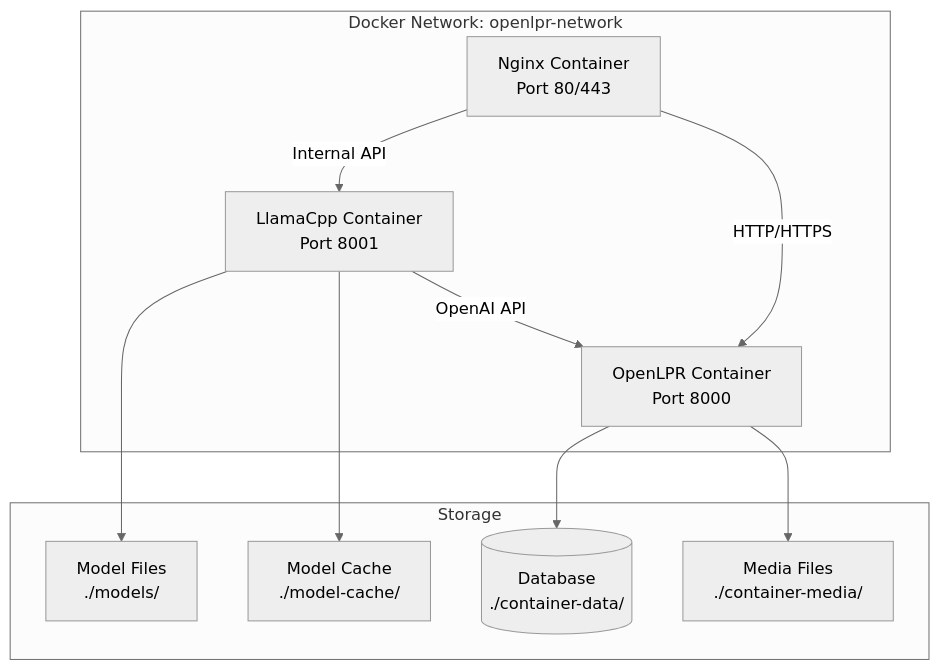
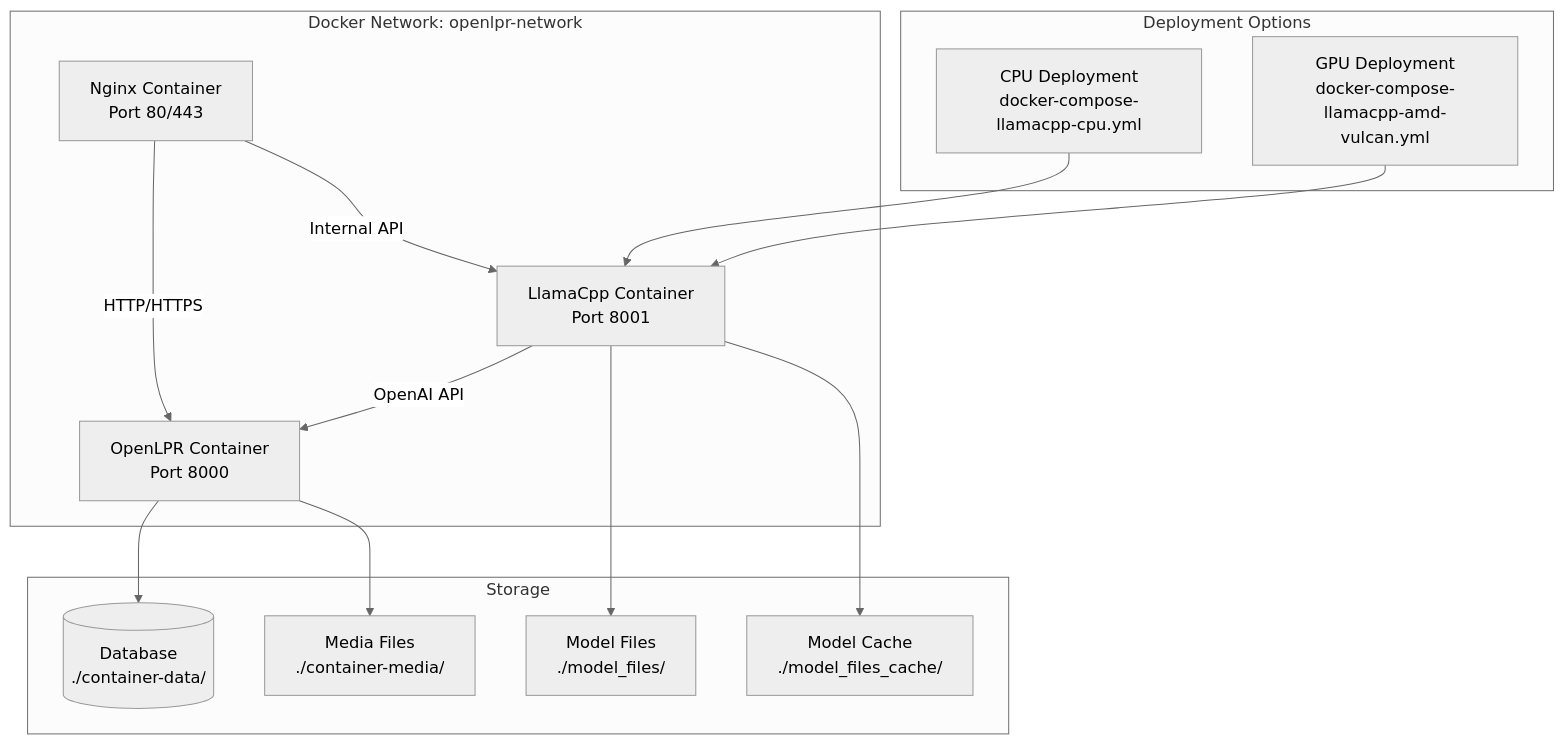
The diagram in README-llamacpp.md (faisalthaheem/open-lpr), drawn with Mermaid (neutral theme) before and after one commit. The commit also changed other lines of this file and 5 other files, not shown here.

````diff
--- a/README-llamacpp.md
+++ b/README-llamacpp.md
@@ -13,24 +33,31 @@
 ```mermaid
 graph TB
+    subgraph "Deployment Options"
+        CPU[CPU Deployment<br/>docker-compose-llamacpp-cpu.yml]
+        GPU[GPU Deployment<br/>docker-compose-llamacpp-amd-vulcan.yml]
+    end
+    
     subgraph "Docker Network: openlpr-network"
         LC[LlamaCpp Container<br/>Port 8001]
         OL[OpenLPR Container<br/>Port 8000]
         NG[Nginx Container<br/>Port 80/443]
         
         LC --> |OpenAI API| OL
         NG --> |HTTP/HTTPS| OL
         NG --> |Internal API| LC
     end
     
     subgraph "Storage"
-        MF[Model Files<br/>./models/]
-        MC[Model Cache<br/>./model-cache/]
+        MF[Model Files<br/>./model_files/]
+        MC[Model Cache<br/>./model_files_cache/]
         DB[(Database<br/>./container-data/)]
         MD[Media Files<br/>./container-media/]
     end
     
+    CPU --> LC
+    GPU --> LC
     LC --> MF
     LC --> MC
     OL --> DB
     OL --> MD
 ```
````
